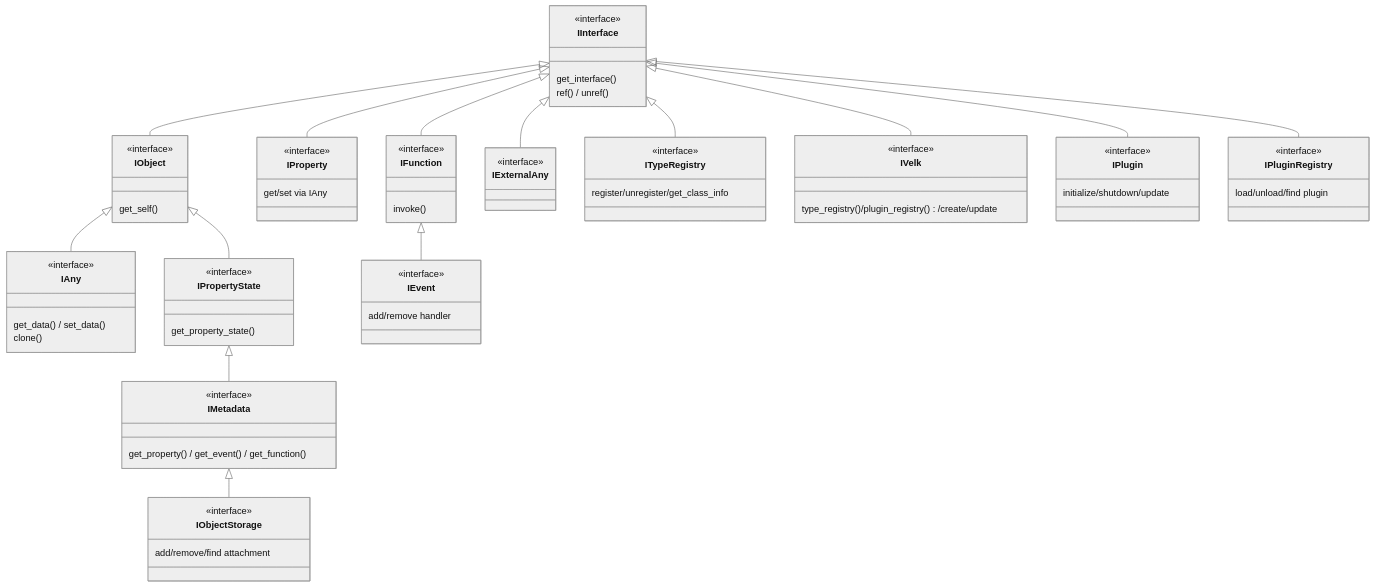
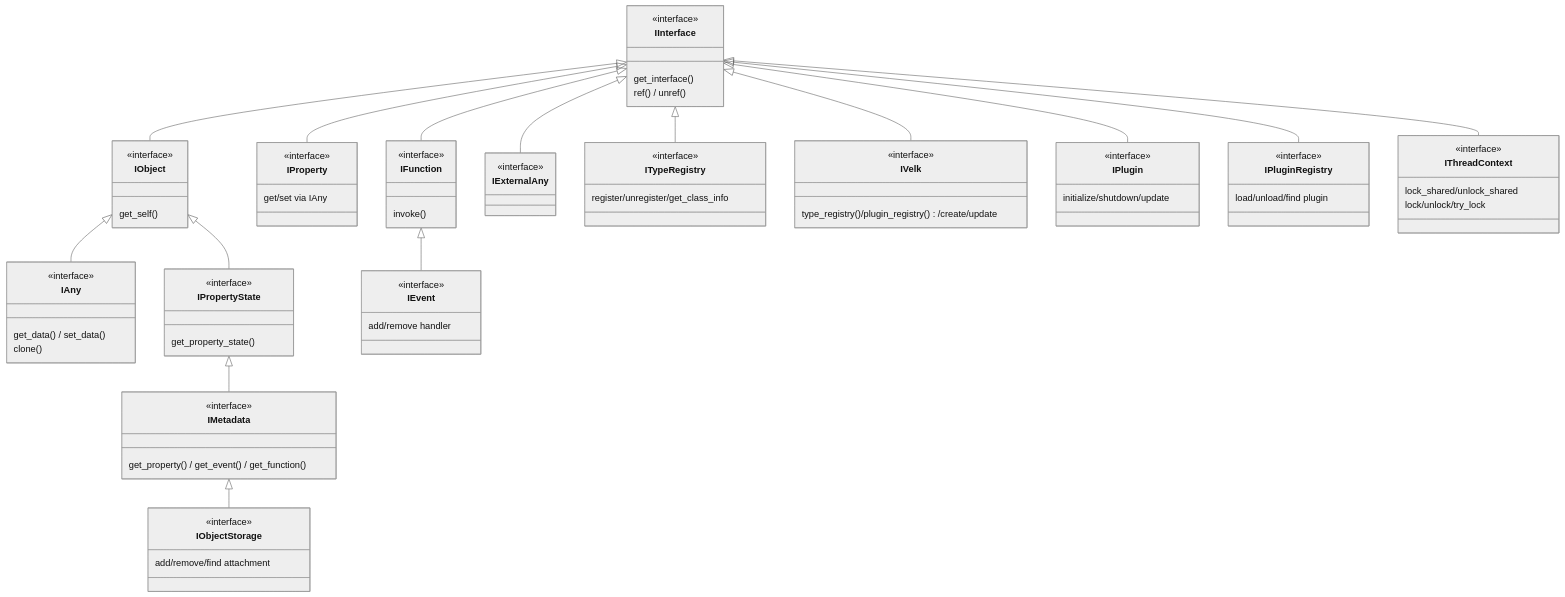
The second of 3 diagrams in docs/architecture.md (ljaaskela/strata), drawn with Mermaid (neutral theme) before and after one commit. The commit also changed other lines of this file and 41 other files, not shown here.

````diff
--- a/docs/architecture.md
+++ b/docs/architecture.md
@@ -187,6 +196,11 @@
         <<interface>>
         load/unload/find plugin
     }
+    class IThreadContext {
+        <<interface>>
+        lock_shared/unlock_shared
+        lock/unlock/try_lock
+    }
 
     IInterface <|-- IObject
     IObject <|-- IAny
@@ -203,4 +217,5 @@
     IInterface <|-- ITypeRegistry
     IInterface <|-- IPluginRegistry
     IInterface <|-- IVelk
+    IInterface <|-- IThreadContext
 ```
````
